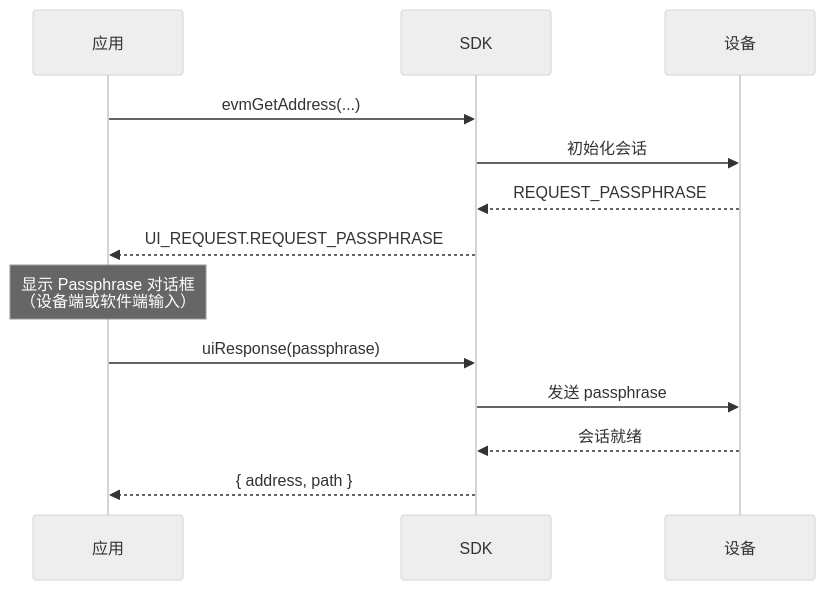
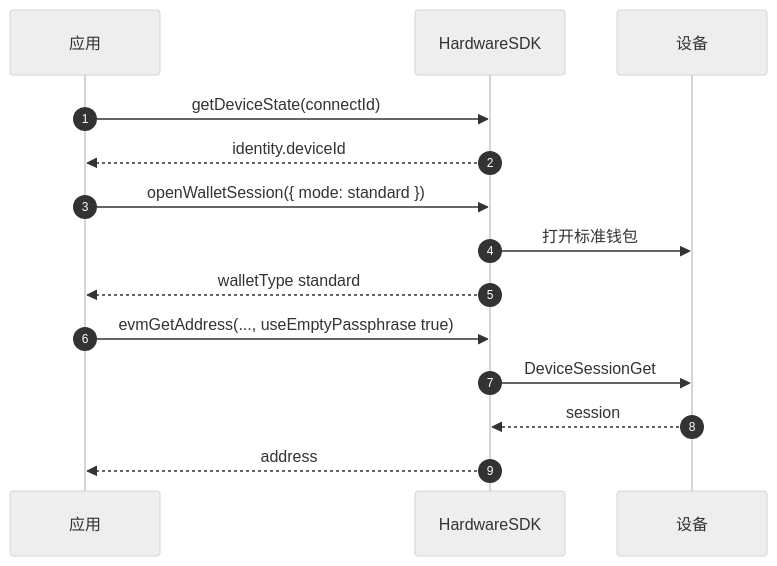
One commit to OneKeyHQ/hardware-js-sdk changed the first of 2 diagrams in packages/connect-examples/developer-portal/content/zh/hardware-sdk/concepts/passphrase.mdx. Above: the diagram before and after it, drawn with Mermaid (neutral theme). The commit also changed other lines of this file and 314 other files, not shown here.

First line of the commit message:
docs: align developer portal with Hardware SDK 1.2.0 (#920)

````diff
--- a/packages/connect-examples/developer-portal/content/zh/hardware-sdk/concepts/passphrase.mdx
+++ b/packages/connect-examples/developer-portal/content/zh/hardware-sdk/concepts/passphrase.mdx
@@ -57,16 +36,17 @@
 ```mermaid
 sequenceDiagram
-    participant App as 应用
-    participant SDK
-    participant Device as 设备
+  autonumber
+  participant App as 应用
+  participant SDK as HardwareSDK
+  participant Device as 设备
 
-    App->>SDK: evmGetAddress(...)
-    SDK->>Device: 初始化会话
-    Device-->>SDK: REQUEST_PASSPHRASE
-    SDK-->>App: UI_REQUEST.REQUEST_PASSPHRASE
-    Note over App: 显示 Passphrase 对话框<br/>（设备端或软件端输入）
-    App->>SDK: uiResponse(passphrase)
-    SDK->>Device: 发送 passphrase
-    Device-->>SDK: 会话就绪
-    SDK-->>App: { address, path }
+  App->>SDK: getDeviceState(connectId)
+  SDK-->>App: identity.deviceId
+  App->>SDK: openWalletSession({ mode: standard })
+  SDK->>Device: 打开标准钱包
+  SDK-->>App: walletType standard
+  App->>SDK: evmGetAddress(..., useEmptyPassphrase true)
+  SDK->>Device: DeviceSessionGet
+  Device-->>SDK: session
+  SDK-->>App: address
 ```
````
